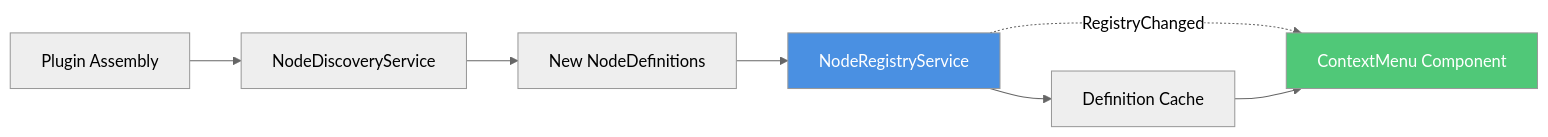
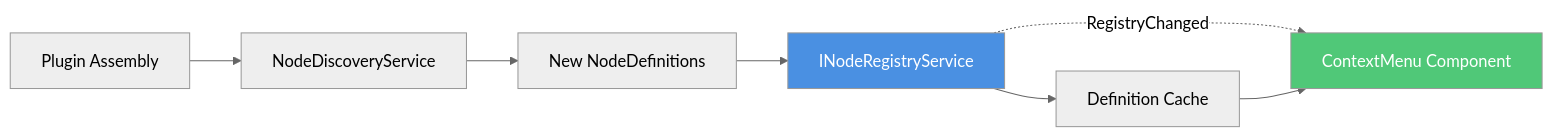
Before and after one commit to Johnny2x2/NodeEditor.Net: diagram 12 of 19 in NodeEditor.Blazor/docs/WiringAndEventFlow.md, drawn with Mermaid (neutral theme). The commit also changed other lines of this file and 20 other files, not shown here.

````diff
--- a/NodeEditor.Blazor/docs/WiringAndEventFlow.md
+++ b/NodeEditor.Blazor/docs/WiringAndEventFlow.md
@@ -629,20 +629,20 @@
 ```mermaid
 graph LR
     PluginAssembly[Plugin Assembly]
     Discovery[NodeDiscoveryService]
     Definitions[New NodeDefinitions]
-    Registry[NodeRegistryService]
+    Registry[INodeRegistryService]
     Cache[Definition Cache]
     CtxMenu[ContextMenu Component]
     
     PluginAssembly --> Discovery
     Discovery --> Definitions
     Definitions --> Registry
     Registry --> Cache
     
     Registry -.RegistryChanged.-> CtxMenu
     Cache --> CtxMenu
     
     style Registry fill:#4a90e2,color:#fff
     style CtxMenu fill:#50c878,color:#fff
 ```
````
